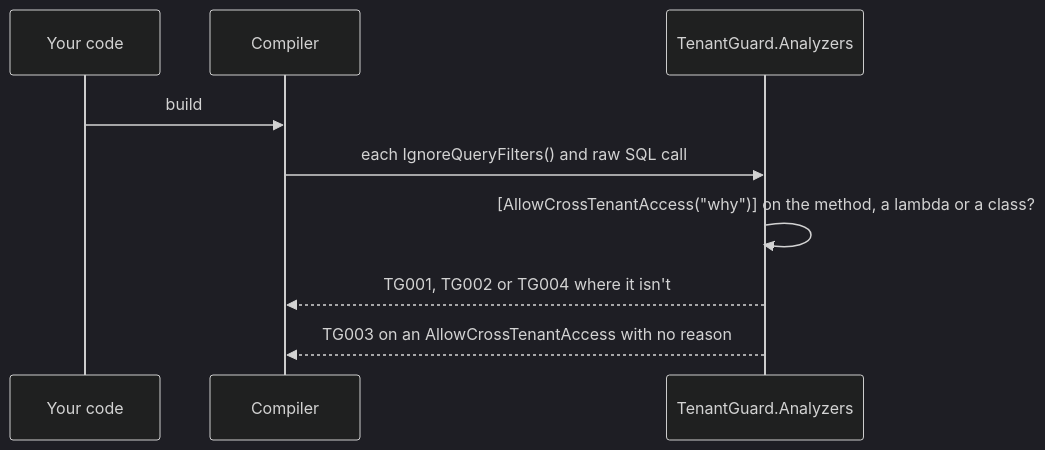
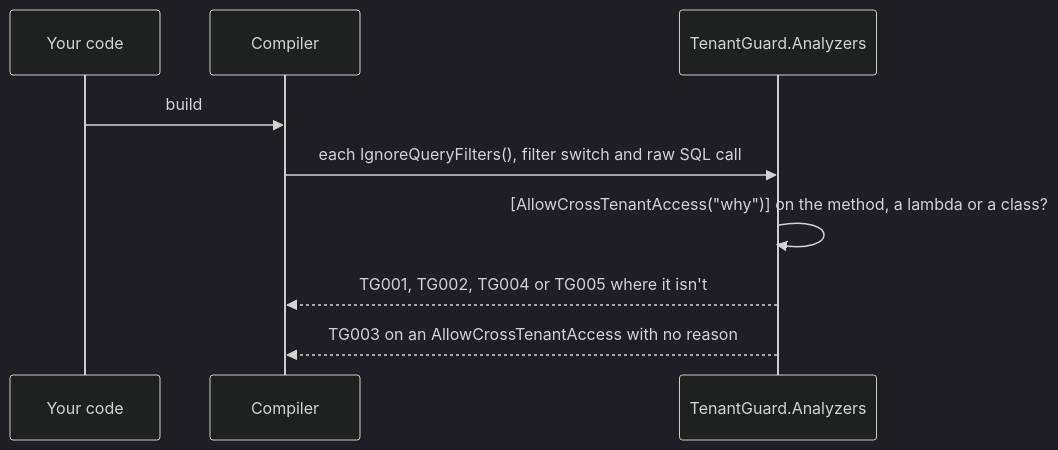
Before and after one commit to jimmykurian/tenantguard: the first of 4 diagrams in docs/architecture/flows.md, drawn with Mermaid (dark theme). The commit also changed 15 other files, not shown here.

First line of the commit message:
docs(analyzers): specify SQL in locals, tenant comparisons, unnamed filters and TG005 (#103)

````diff
--- a/docs/architecture/flows.md
+++ b/docs/architecture/flows.md
@@ -12,11 +12,11 @@
 ```mermaid
 sequenceDiagram
     participant Code as Your code
     participant Roslyn as Compiler
     participant TG as TenantGuard.Analyzers
     Code->>Roslyn: build
-    Roslyn->>TG: each IgnoreQueryFilters() and raw SQL call
+    Roslyn->>TG: each IgnoreQueryFilters(), filter switch and raw SQL call
     TG->>TG: [AllowCrossTenantAccess("why")] on the method, a lambda or a class?
-    TG-->>Roslyn: TG001, TG002 or TG004 where it isn't
+    TG-->>Roslyn: TG001, TG002, TG004 or TG005 where it isn't
     TG-->>Roslyn: TG003 on an AllowCrossTenantAccess with no reason
 ```
````
